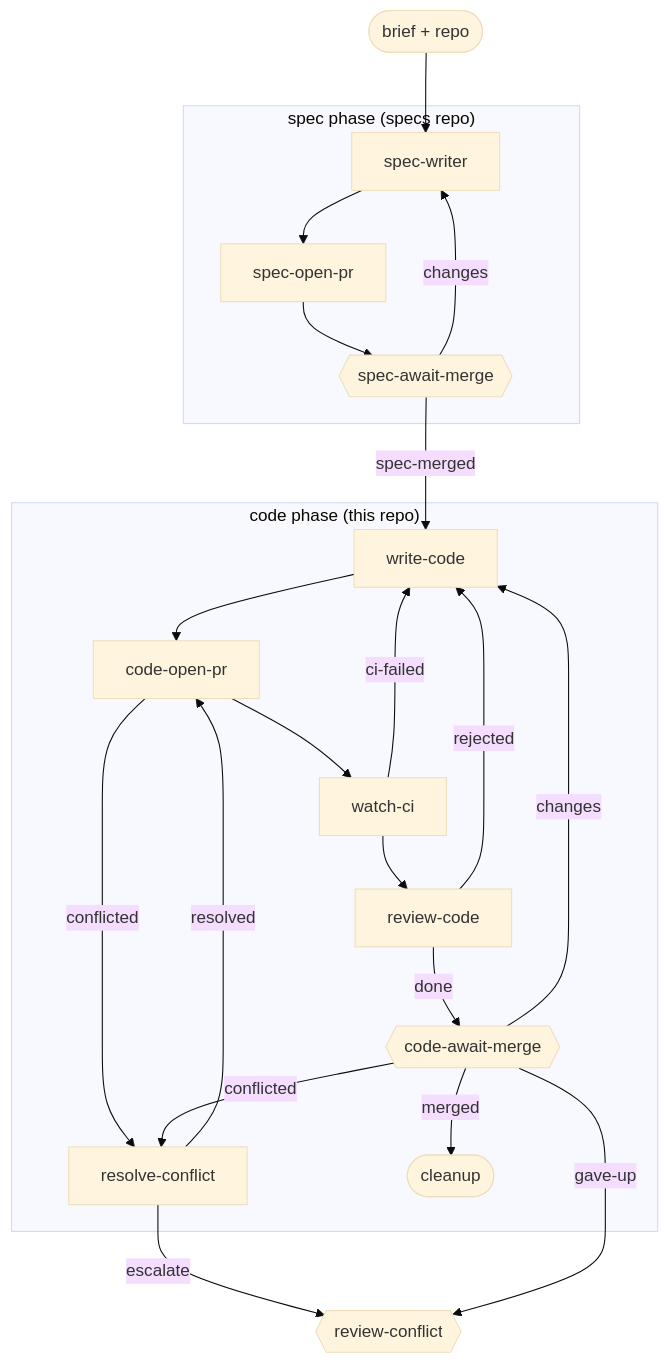
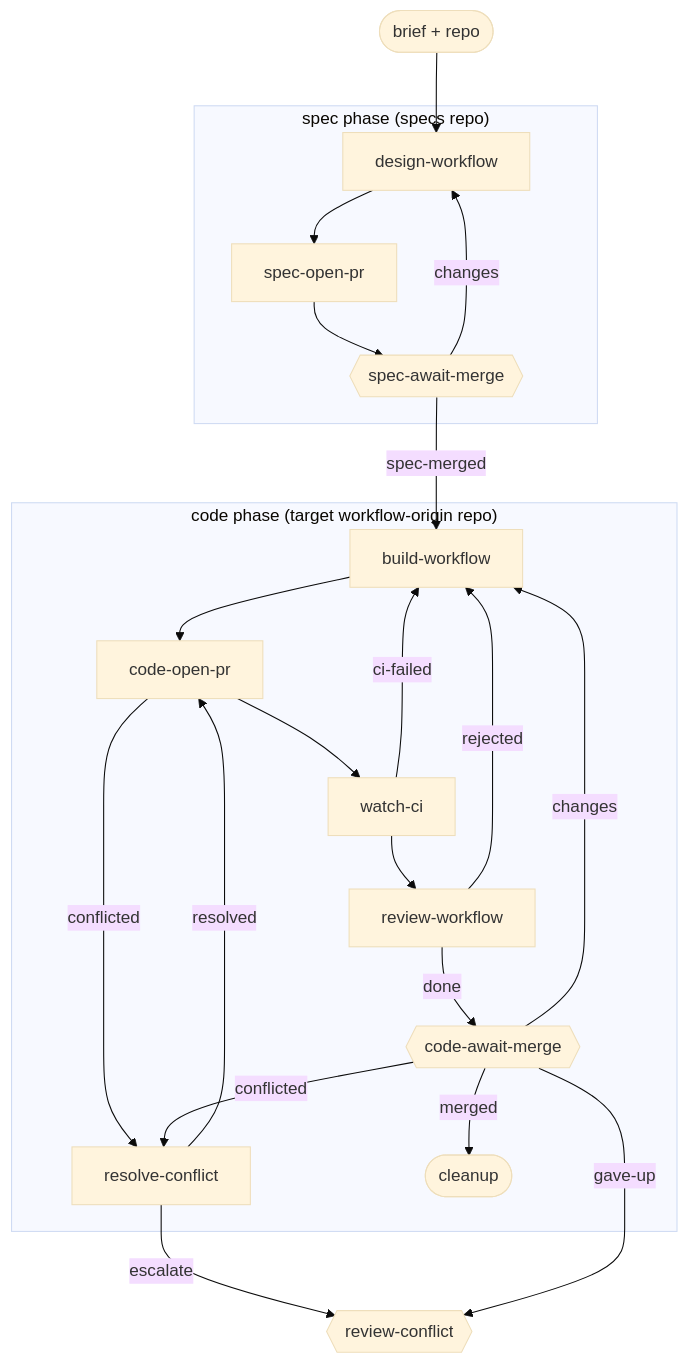
The diagram in docs/workflow-authoring.md (kenmclennan/lightcycle-workflows), drawn with Mermaid (base theme) before and after one commit. The commit also changed other lines of this file and 4 other files, not shown here.

````diff
--- a/docs/workflow-authoring.md
+++ b/docs/workflow-authoring.md
@@ -15,22 +15,22 @@
 ```mermaid
 flowchart TD
-    brief(["brief + repo"]) --> SW["spec-writer"]
+    brief(["brief + repo"]) --> DW["design-workflow"]
     subgraph S ["spec phase (specs repo)"]
-        SW --> SOP["spec-open-pr"] --> SAM{{"spec-await-merge"}}
-        SAM -->|changes| SW
+        DW --> SOP["spec-open-pr"] --> SAM{{"spec-await-merge"}}
+        SAM -->|changes| DW
     end
-    SAM -->|spec-merged| WC["write-code"]
-    subgraph C ["code phase (this repo)"]
-        WC --> COP["code-open-pr"] --> WCI["watch-ci"] --> RC["review-code"]
-        WCI -->|ci-failed| WC
-        RC -->|rejected| WC
-        RC -->|done| CAM{{"code-await-merge"}}
-        CAM -->|changes| WC
+    SAM -->|spec-merged| BW["build-workflow"]
+    subgraph C ["code phase (target workflow-origin repo)"]
+        BW --> COP["code-open-pr"] --> WCI["watch-ci"] --> RW["review-workflow"]
+        WCI -->|ci-failed| BW
+        RW -->|rejected| BW
+        RW -->|done| CAM{{"code-await-merge"}}
+        CAM -->|changes| BW
         COP -->|conflicted| RCF["resolve-conflict"]
         CAM -->|conflicted| RCF
         RCF -->|resolved| COP
         CAM -->|merged| CU(["cleanup"])
     end
     RCF -->|escalate| RCON{{"review-conflict"}}
     CAM -->|gave-up| RCON
 ```
````
